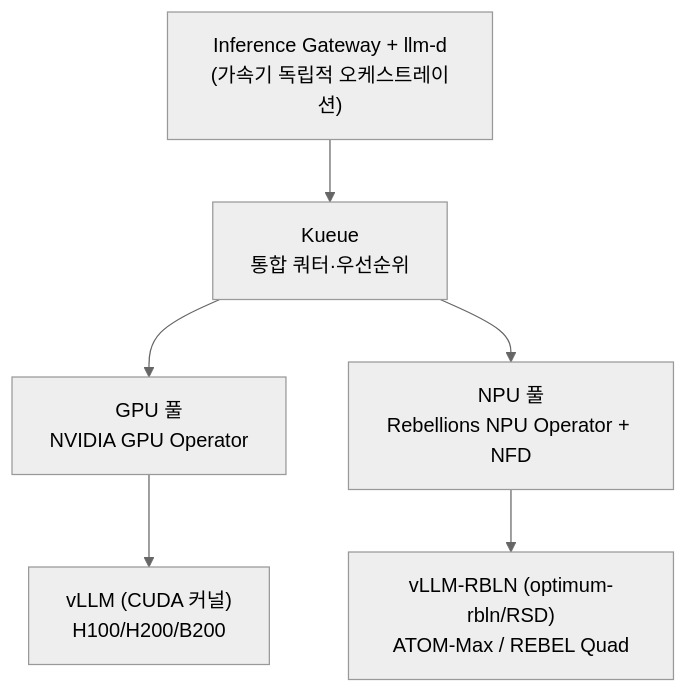
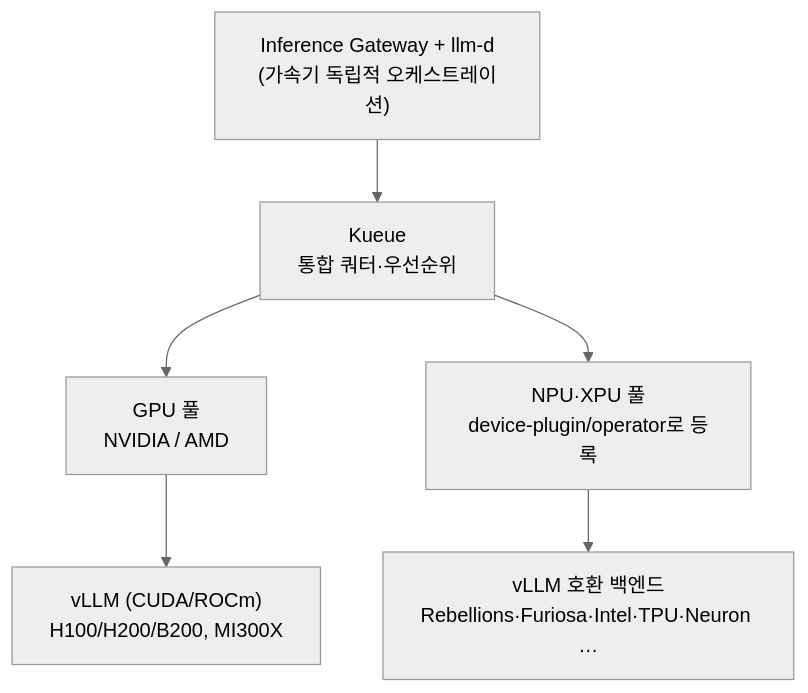
One commit to ThakiCloud/thakicloud.github.io changed the second of 2 diagrams in _posts/ko/llmops/2026-06-20-llm-d-distributed-inference-heterogeneous-accelerators.md. Above: the diagram before and after it, drawn with Mermaid (neutral theme). The commit also changed other lines of this file and 2 other files, not shown here.

Commit message:
fix(blog): make llm-d post vendor-neutral (add Furiosa, any NPU/XPU)

````diff
--- a/_posts/ko/llmops/2026-06-20-llm-d-distributed-inference-heterogeneous-accelerators.md
+++ b/_posts/ko/llmops/2026-06-20-llm-d-distributed-inference-heterogeneous-accelerators.md
@@ -103,8 +114,8 @@
 ```mermaid
 flowchart TD
     G["Inference Gateway + llm-d<br/>(가속기 독립적 오케스트레이션)"] --> K["Kueue<br/>통합 쿼터·우선순위"]
-    K --> P1["GPU 풀<br/>NVIDIA GPU Operator"]
-    K --> P2["NPU 풀<br/>Rebellions NPU Operator + NFD"]
-    P1 --> V1["vLLM (CUDA 커널)<br/>H100/H200/B200"]
-    P2 --> V2["vLLM-RBLN (optimum-rbln/RSD)<br/>ATOM-Max / REBEL Quad"]
+    K --> P1["GPU 풀<br/>NVIDIA / AMD"]
+    K --> P2["NPU·XPU 풀<br/>device-plugin/operator로 등록"]
+    P1 --> V1["vLLM (CUDA/ROCm)<br/>H100/H200/B200, MI300X"]
+    P2 --> V2["vLLM 호환 백엔드<br/>Rebellions·Furiosa·Intel·TPU·Neuron …"]
 ```
````
